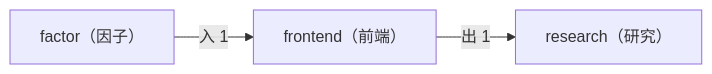
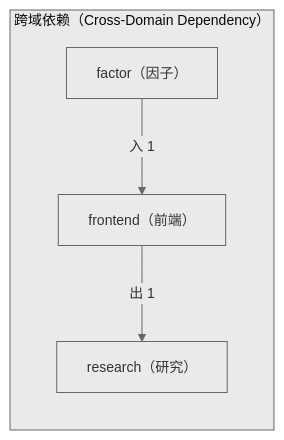
One commit to xuanFelixVan/ZephyrAlpha changed the second of 2 diagrams in docs/02_enterprise_architecture/06_decision_architecture/08_decision_l2a_frontend.md. Above: the diagram before and after it, drawn with Mermaid. The commit also changed other lines of this file and 23 other files, not shown here.

First line of the commit message:
fix(decision-diagram): mermaid 图加 subgraph 容器 + clusterBkg 主题变量

````diff
--- a/docs/02_enterprise_architecture/06_decision_architecture/08_decision_l2a_frontend.md
+++ b/docs/02_enterprise_architecture/06_decision_architecture/08_decision_l2a_frontend.md
@@ -94,8 +95,11 @@
 ```mermaid
+%%{init: {'theme': 'base', 'themeVariables': {'primaryColor': '#eaeaea', 'primaryTextColor': '#333333', 'primaryBorderColor': '#666666', 'lineColor': '#666666', 'clusterBkg': '#eaeaea', 'clusterBorder': '#666666', 'fontSize': '14px'}}}%%
 flowchart LR
-    SELF["frontend（前端）"]
-    EXT_research["research（研究）"]
-    SELF -->|出 1| EXT_research
-    EXT_factor["factor（因子）"]
-    EXT_factor -->|入 1| SELF
+    subgraph cd_sg["跨域依赖（Cross-Domain Dependency）"]
+        SELF["frontend（前端）"]
+        EXT_research["research（研究）"]
+        SELF -->|出 1| EXT_research
+        EXT_factor["factor（因子）"]
+        EXT_factor -->|入 1| SELF
+    end
 ```
````
